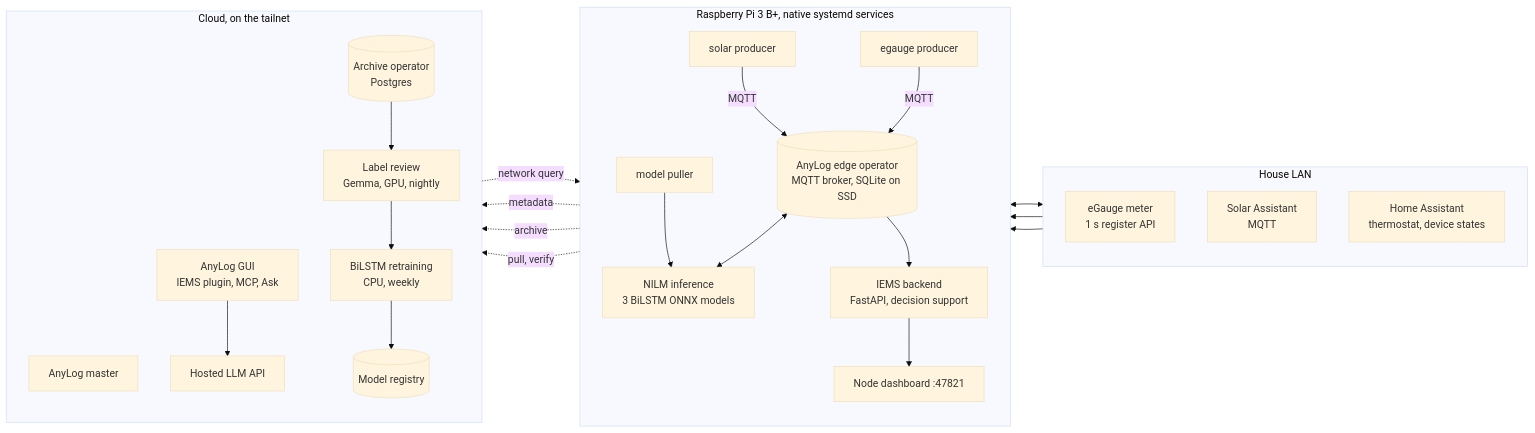
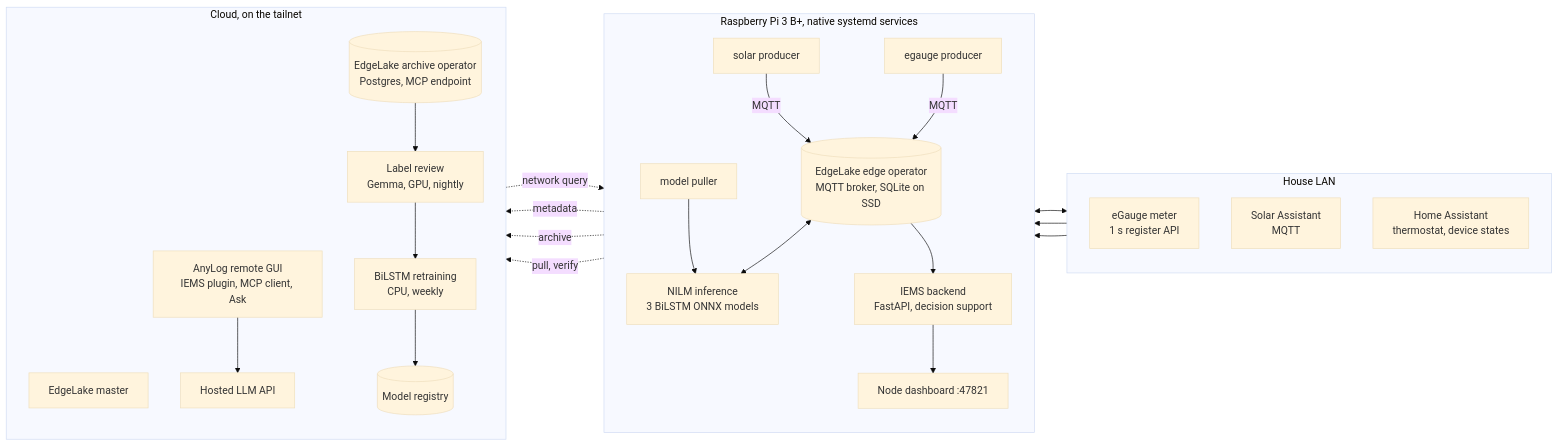
The diagram in architecture/system-overview.md (hranjan004/iems-pi-edge), drawn with Mermaid (base theme) before and after one commit. The commit also changed other lines of this file and 44 other files, not shown here.

First line of the commit message:
Run every node on EdgeLake, add measured RAM and disk budget

````diff
--- a/architecture/system-overview.md
+++ b/architecture/system-overview.md
@@ -3,48 +3,48 @@
 ```mermaid
 flowchart LR
   subgraph HOUSE["House LAN"]
     direction TB
     EG["eGauge meter<br/>1 s register API"]
     SA["Solar Assistant<br/>MQTT"]
     HA["Home Assistant<br/>thermostat, device states"]
   end
 
   subgraph PI["Raspberry Pi 3 B+, native systemd services"]
     direction TB
     EGP["egauge producer"]
     SAP["solar producer"]
-    OP[("AnyLog edge operator<br/>MQTT broker, SQLite on SSD")]
+    OP[("EdgeLake edge operator<br/>MQTT broker, SQLite on SSD")]
     INF["NILM inference<br/>3 BiLSTM ONNX models"]
     BE["IEMS backend<br/>FastAPI, decision support"]
     DASH["Node dashboard :47821"]
     PULL["model puller"]
   end
 
   subgraph CLOUD["Cloud, on the tailnet"]
     direction TB
-    MS["AnyLog master"]
-    AOP[("Archive operator<br/>Postgres")]
-    GUI["AnyLog GUI<br/>IEMS plugin, MCP, Ask"]
+    MS["EdgeLake master"]
+    AOP[("EdgeLake archive operator<br/>Postgres, MCP endpoint")]
+    GUI["AnyLog remote GUI<br/>IEMS plugin, MCP client, Ask"]
     LLM["Hosted LLM API"]
     REV["Label review<br/>Gemma, GPU, nightly"]
     TRN["BiLSTM retraining<br/>CPU, weekly"]
     REG[("Model registry")]
   end
 
   EG --> EGP
   SA --> SAP
   EGP -->|MQTT| OP
   SAP -->|MQTT| OP
   OP <--> INF
   OP --> BE
   BE --> DASH
   DASH <--> HA
 
   OP -.->|metadata| MS
   OP -.->|archive| AOP
   GUI -.->|network query| OP
   GUI --> LLM
   AOP --> REV --> TRN --> REG
   PULL -.->|pull, verify| REG
   PULL --> INF
 ```
````
